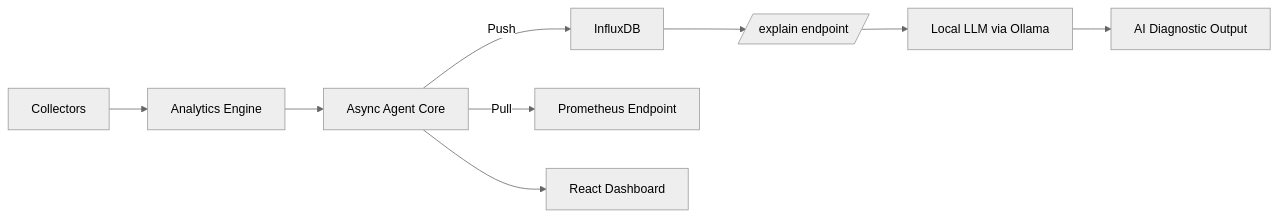
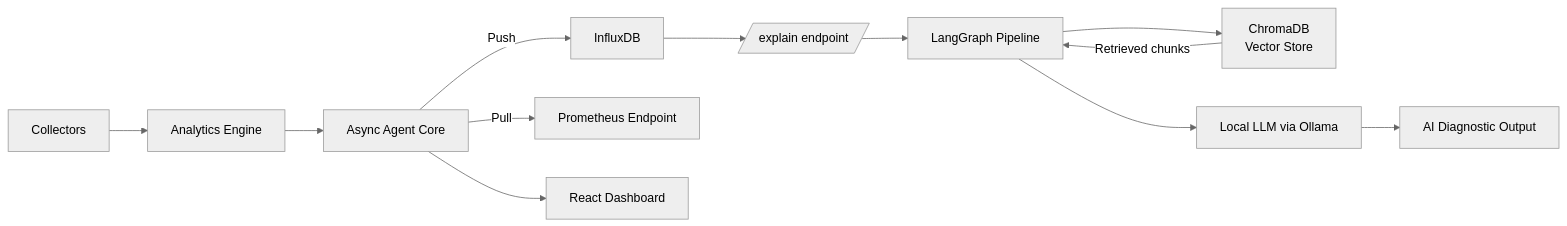
Before and after one commit to Ahmedaltu/NetMonitor: the diagram in README.md, drawn with Mermaid (neutral theme). The commit also changed other lines of this file, not shown here.

Commit message:
docs: update README to reflect   LangGraph+ChromaDB RAG pipeline and new collectors

````diff
--- a/README.md
+++ b/README.md
@@ -33,11 +33,14 @@
 ```mermaid
 flowchart LR
     C[Collectors] --> A[Analytics Engine]
     A --> AG[Async Agent Core]
     AG -->|Push| I[InfluxDB]
     AG -->|Pull| P[Prometheus Endpoint]
     AG --> D[React Dashboard]
     I --> E[/explain endpoint/]
-    E --> L[Local LLM via Ollama]
+    E --> LG[LangGraph Pipeline]
+    LG --> CB[ChromaDB\nVector Store]
+    CB -->|Retrieved chunks| LG
+    LG --> L[Local LLM via Ollama]
     L --> R[AI Diagnostic Output]
 ```
````
